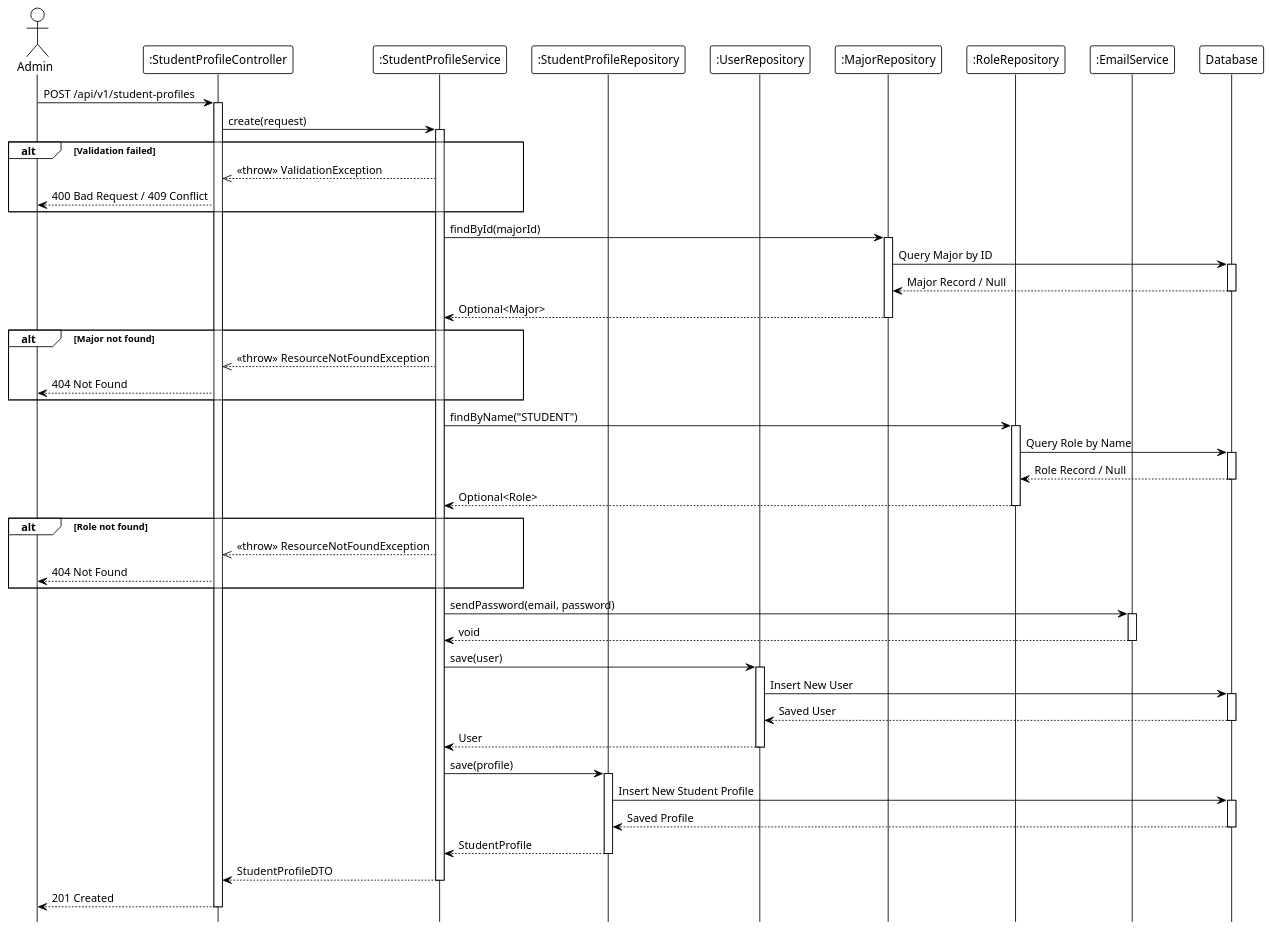
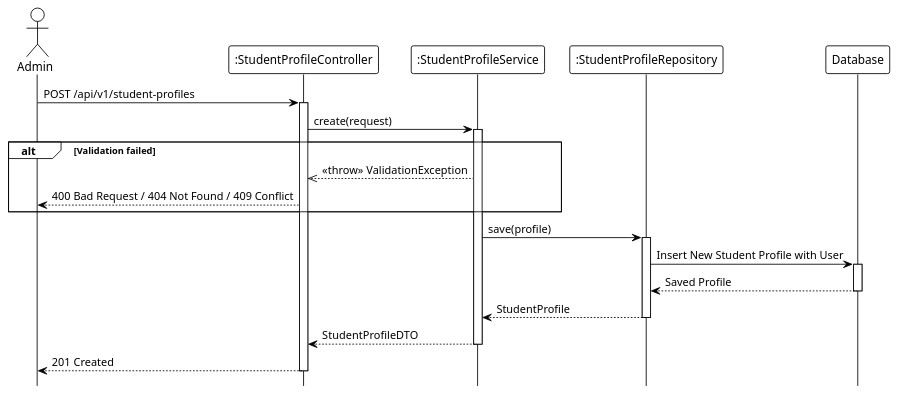
Before and after one commit to Ndh474/context: the diagram in system_detailed_design/44_create_student/sequence_diagram_create_student.puml, drawn with PlantUML. The commit also changed 10 other files, not shown here.

```diff
--- a/system_detailed_design/44_create_student/sequence_diagram_create_student.puml
+++ b/system_detailed_design/44_create_student/sequence_diagram_create_student.puml
@@ -1,101 +1,42 @@
 @startuml create_student
 !theme plain
 hide footbox
 
 actor Admin
 participant ":StudentProfileController" as Controller
 participant ":StudentProfileService" as Service
-participant ":StudentProfileRepository" as StudentRepo
-participant ":UserRepository" as UserRepo
-participant ":MajorRepository" as MajorRepo
-participant ":RoleRepository" as RoleRepo
-participant ":EmailService" as EmailService
+participant ":StudentProfileRepository" as Repository
 participant "Database" as DB
 
 ' --- MAIN FLOW ---
 Admin -> Controller: POST /api/v1/student-profiles
 activate Controller
 
 Controller -> Service: create(request)
 activate Service
 
-' --- VALIDATION LOGIC ---
-' Validation logic (internal)
+' Validation logic (internal: roll number/email/username uniqueness, major validation, role assignment, password generation & email)
 
 alt Validation failed
     Service -->> Controller: <<throw>> ValidationException
-    Controller --> Admin: 400 Bad Request / 409 Conflict
+    Controller --> Admin: 400 Bad Request / 404 Not Found / 409 Conflict
 end
 
-' --- FIND MAJOR ---
-Service -> MajorRepo: findById(majorId)
-activate MajorRepo
+Service -> Repository: save(profile)
+activate Repository
 
-MajorRepo -> DB: Query Major by ID
+Repository -> DB: Insert New Student Profile with User
 activate DB
-DB --> MajorRepo: Major Record / Null
+DB --> Repository: Saved Profile
 deactivate DB
 
-MajorRepo --> Service: Optional<Major>
-deactivate MajorRepo
-
-alt Major not found
-    Service -->> Controller: <<throw>> ResourceNotFoundException
-    Controller --> Admin: 404 Not Found
-end
-
-' --- FIND STUDENT ROLE ---
-Service -> RoleRepo: findByName("STUDENT")
-activate RoleRepo
-
-RoleRepo -> DB: Query Role by Name
-activate DB
-DB --> RoleRepo: Role Record / Null
-deactivate DB
-
-RoleRepo --> Service: Optional<Role>
-deactivate RoleRepo
-
-alt Role not found
-    Service -->> Controller: <<throw>> ResourceNotFoundException
-    Controller --> Admin: 404 Not Found
-end
-
-' --- GENERATE PASSWORD AND SEND EMAIL ---
-Service -> EmailService: sendPassword(email, password)
-activate EmailService
-
-EmailService --> Service: void
-deactivate EmailService
-
-' --- SAVE USER ---
-Service -> UserRepo: save(user)
-activate UserRepo
-
-UserRepo -> DB: Insert New User
-activate DB
-DB --> UserRepo: Saved User
-deactivate DB
-
-UserRepo --> Service: User
-deactivate UserRepo
-
-' --- SAVE STUDENT PROFILE ---
-Service -> StudentRepo: save(profile)
-activate StudentRepo
-
-StudentRepo -> DB: Insert New Student Profile
-activate DB
-DB --> StudentRepo: Saved Profile
-deactivate DB
-
-StudentRepo --> Service: StudentProfile
-deactivate StudentRepo
+Repository --> Service: StudentProfile
+deactivate Repository
 
 Service --> Controller: StudentProfileDTO
 deactivate Service
 
 Controller --> Admin: 201 Created
 deactivate Controller
 
 @enduml
```
